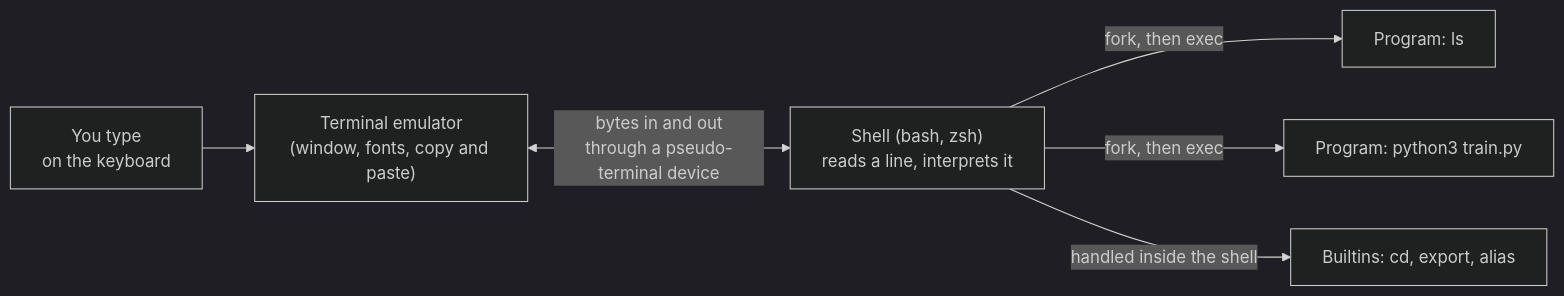
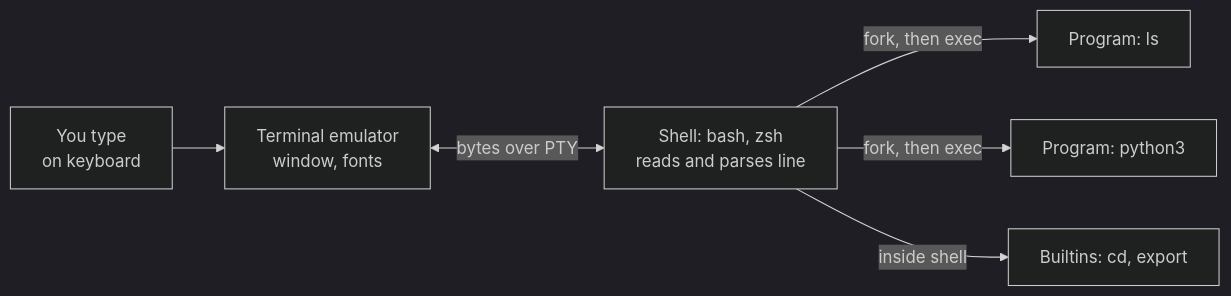
One commit to jithinpnjm/ai-infra-handbook changed the first of 3 diagrams in docs/part-01-linux/02-the-command-line-shells-commands-pipes-and-redirection.md. Above: the diagram before and after it, drawn with Mermaid (dark theme). The commit also changed other lines of this file and 8 other files, not shown here.

````diff
--- a/docs/part-01-linux/02-the-command-line-shells-commands-pipes-and-redirection.md
+++ b/docs/part-01-linux/02-the-command-line-shells-commands-pipes-and-redirection.md
@@ -42,8 +47,8 @@
 ```mermaid
 flowchart LR
-  U["You type<br/>on the keyboard"] --> T["Terminal emulator<br/>(window, fonts, copy and paste)"]
-  T <--> |"bytes in and out<br/>through a pseudo-terminal device"| S["Shell (bash, zsh)<br/>reads a line, interprets it"]
+  U["You type<br/>on keyboard"] --> T["Terminal emulator<br/>window, fonts"]
+  T <-->|"bytes over PTY"| S["Shell: bash, zsh<br/>reads and parses line"]
   S -->|"fork, then exec"| P1["Program: ls"]
-  S -->|"fork, then exec"| P2["Program: python3 train.py"]
-  S -->|"handled inside the shell"| B["Builtins: cd, export, alias"]
+  S -->|"fork, then exec"| P2["Program: python3"]
+  S -->|"inside shell"| B["Builtins: cd, export"]
 ```
````
